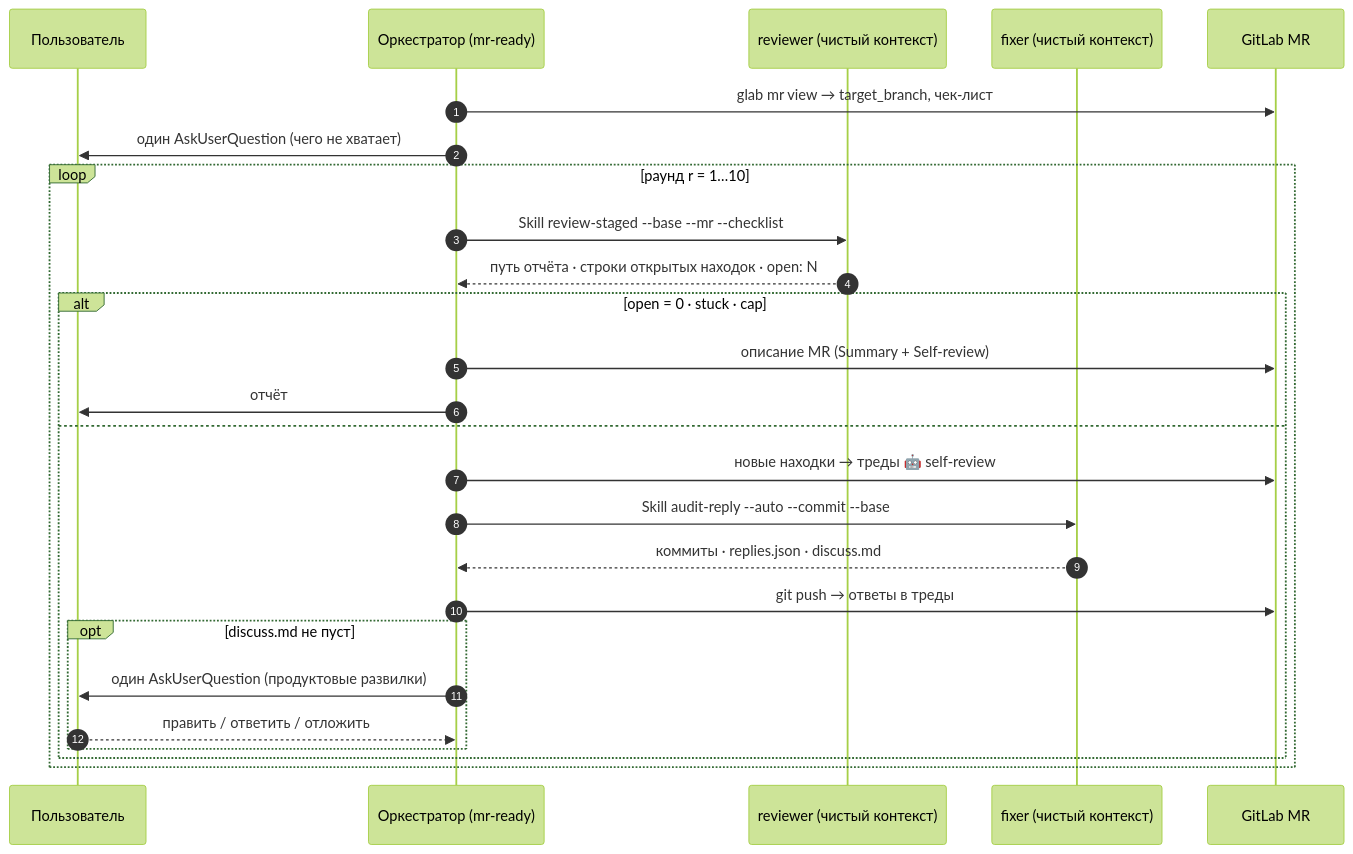
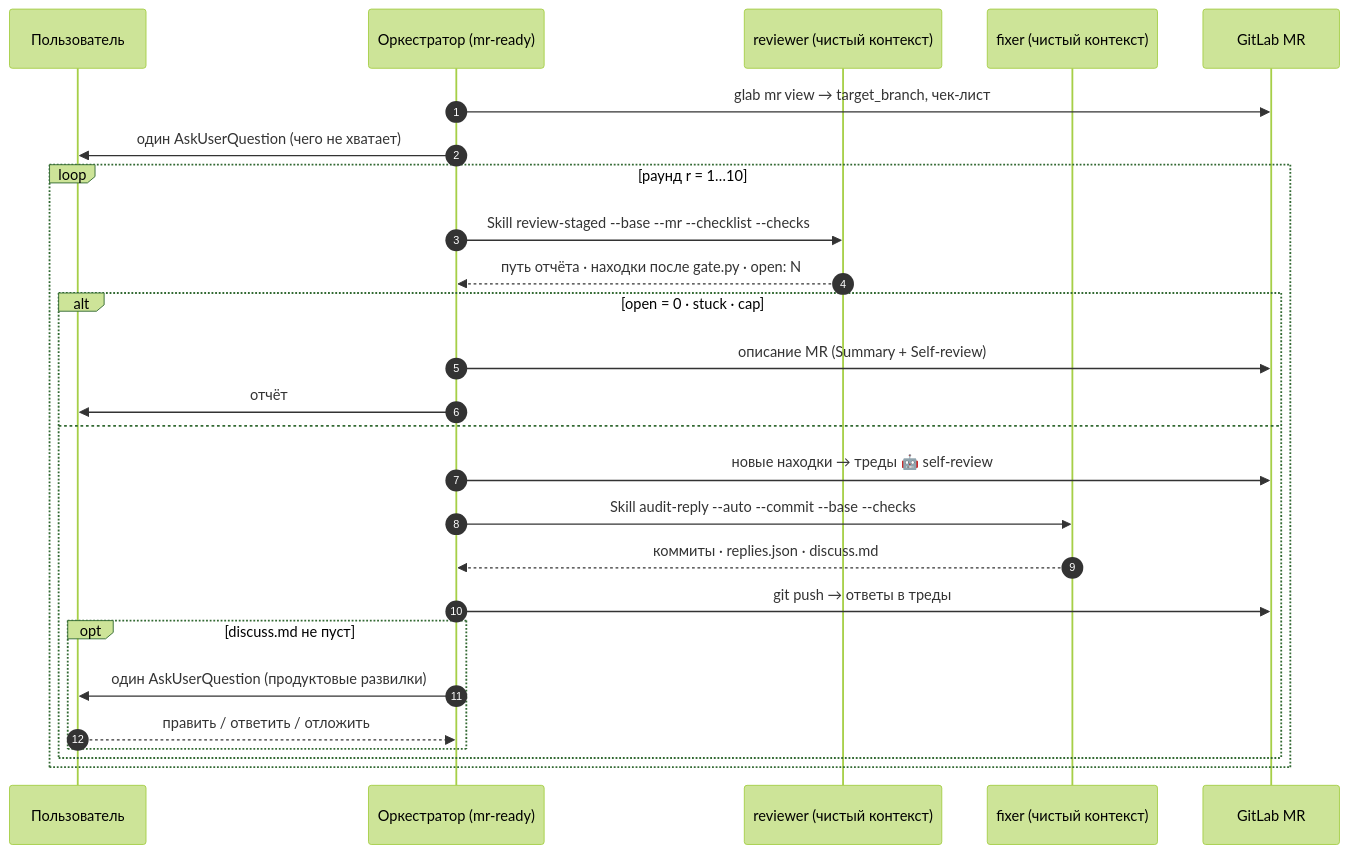
One commit to Segodnya/agents changed the diagram in README.md. Above: the diagram before and after it, drawn with Mermaid (forest theme). The commit also changed other lines of this file and 27 other files, not shown here.

````diff
--- a/README.md
+++ b/README.md
@@ -24,29 +24,29 @@
 ```mermaid
 sequenceDiagram
     autonumber
     participant U as Пользователь
     participant O as Оркестратор (mr-ready)
     participant R as reviewer (чистый контекст)
     participant F as fixer (чистый контекст)
     participant G as GitLab MR
 
     O->>G: glab mr view → target_branch, чек-лист
     O->>U: один AskUserQuestion (чего не хватает)
     loop раунд r = 1…10
-        O->>R: Skill review-staged --base --mr --checklist
-        R-->>O: путь отчёта · строки открытых находок · open: N
+        O->>R: Skill review-staged --base --mr --checklist --checks
+        R-->>O: путь отчёта · находки после gate.py · open: N
         alt open = 0 · stuck · cap
             O->>G: описание MR (Summary + Self-review)
             O->>U: отчёт
         else
             O->>G: новые находки → треды 🤖 self-review
-            O->>F: Skill audit-reply --auto --commit --base
+            O->>F: Skill audit-reply --auto --commit --base --checks
             F-->>O: коммиты · replies.json · discuss.md
             O->>G: git push → ответы в треды
             opt discuss.md не пуст
                 O->>U: один AskUserQuestion (продуктовые развилки)
                 U-->>O: править / ответить / отложить
             end
         end
     end
 ```
````
